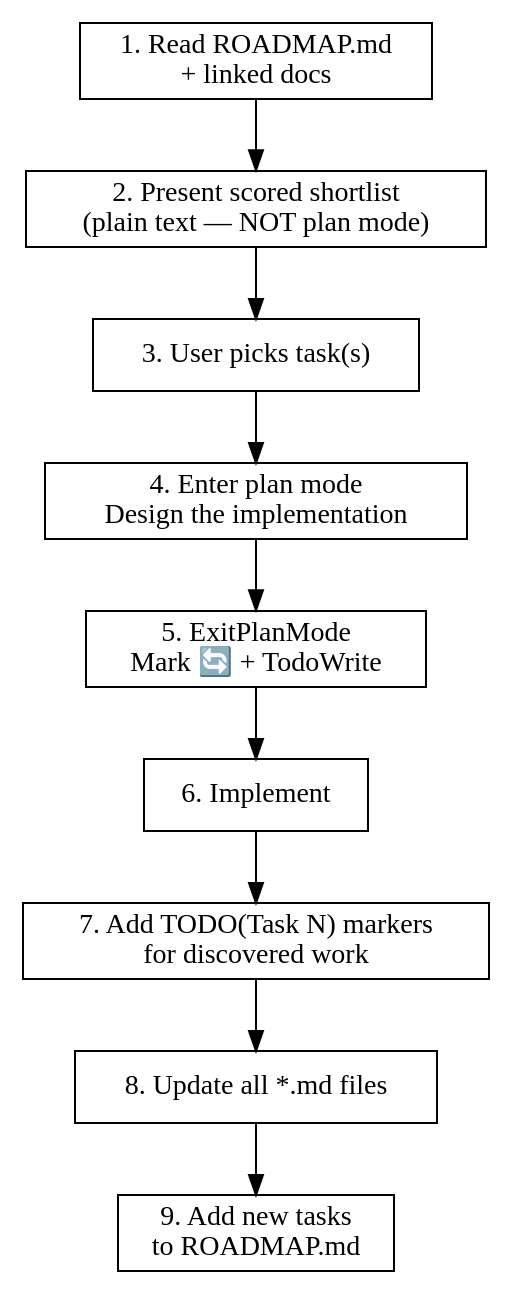
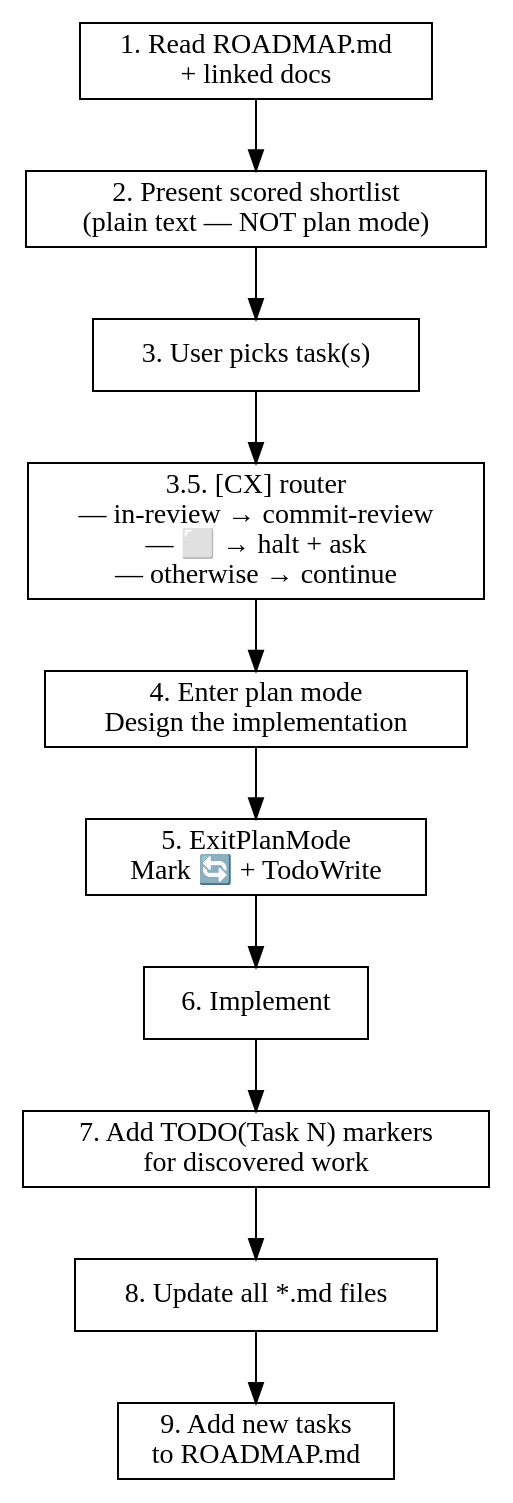
Before and after one commit to ZenHive/claude-marketplace-elixir: the diagram in plugins/task-driver/skills/task-driver/SKILL.md, drawn with Graphviz. The commit also changed other lines of this file and 13 other files, not shown here.

````diff
--- a/plugins/task-driver/skills/task-driver/SKILL.md
+++ b/plugins/task-driver/skills/task-driver/SKILL.md
@@ -28,18 +28,19 @@
 ```dot
 digraph task_driver {
   rankdir=TB;
   node [shape=box];
 
   read     [label="1. Read ROADMAP.md\n+ linked docs"];
   shortlist[label="2. Present scored shortlist\n(plain text — NOT plan mode)"];
   select   [label="3. User picks task(s)"];
+  route    [label="3.5. [CX] router\n— in-review → commit-review\n— ⬜ → halt + ask\n— otherwise → continue"];
   plan     [label="4. Enter plan mode\nDesign the implementation"];
   exit     [label="5. ExitPlanMode\nMark 🔄 + TodoWrite"];
   implement[label="6. Implement"];
   todos    [label="7. Add TODO(Task N) markers\nfor discovered work"];
   docs     [label="8. Update all *.md files"];
   discover [label="9. Add new tasks\nto ROADMAP.md"];
 
-  read -> shortlist -> select -> plan -> exit -> implement -> todos -> docs -> discover;
+  read -> shortlist -> select -> route -> plan -> exit -> implement -> todos -> docs -> discover;
 }
 ```
````
